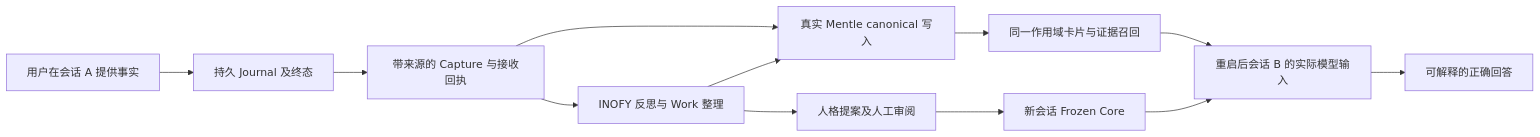
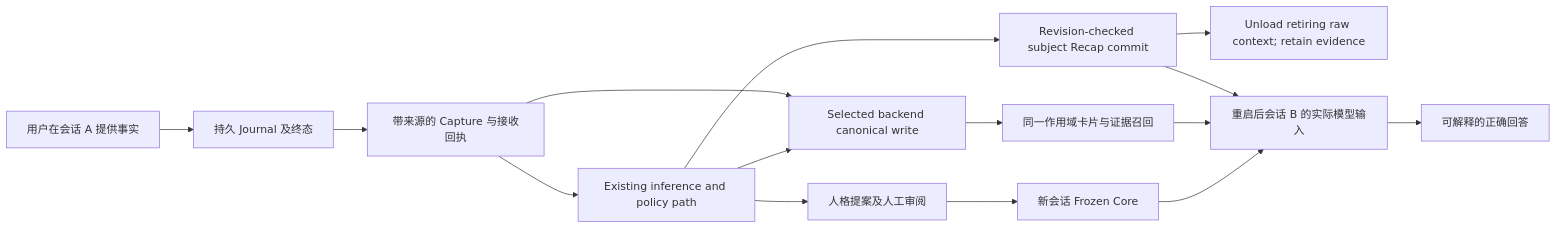
Before and after one commit to ProjectViVy/agent-diva: the diagram in docs/plans/diva-next/memory-loop/requirements.md, drawn with Mermaid. The commit also changed other lines of this file and 78 other files, not shown here.

First line of the commit message:
docs: align memory policy with unified context decisions

````diff
--- a/docs/plans/diva-next/memory-loop/requirements.md
+++ b/docs/plans/diva-next/memory-loop/requirements.md
@@ -59,14 +98,17 @@
 ```mermaid
 flowchart LR
  A[用户在会话 A 提供事实] --> B[持久 Journal 及终态]
  B --> C[带来源的 Capture 与接收回执]
- C --> D[真实 Mentle canonical 写入]
- C --> E[INOFY 反思与 Work 整理]
+ C --> D[Selected backend canonical write]
+ C --> E[Existing inference and policy path]
  E --> D
+ E --> R[Revision-checked subject Recap commit]
+ R --> U[Unload retiring raw context; retain evidence]
+ R --> G
  E --> P[人格提案及人工审阅]
  D --> F[同一作用域卡片与证据召回]
  F --> G[重启后会话 B 的实际模型输入]
  P --> H[新会话 Frozen Core]
  H --> G
  G --> I[可解释的正确回答]
 ```
````
